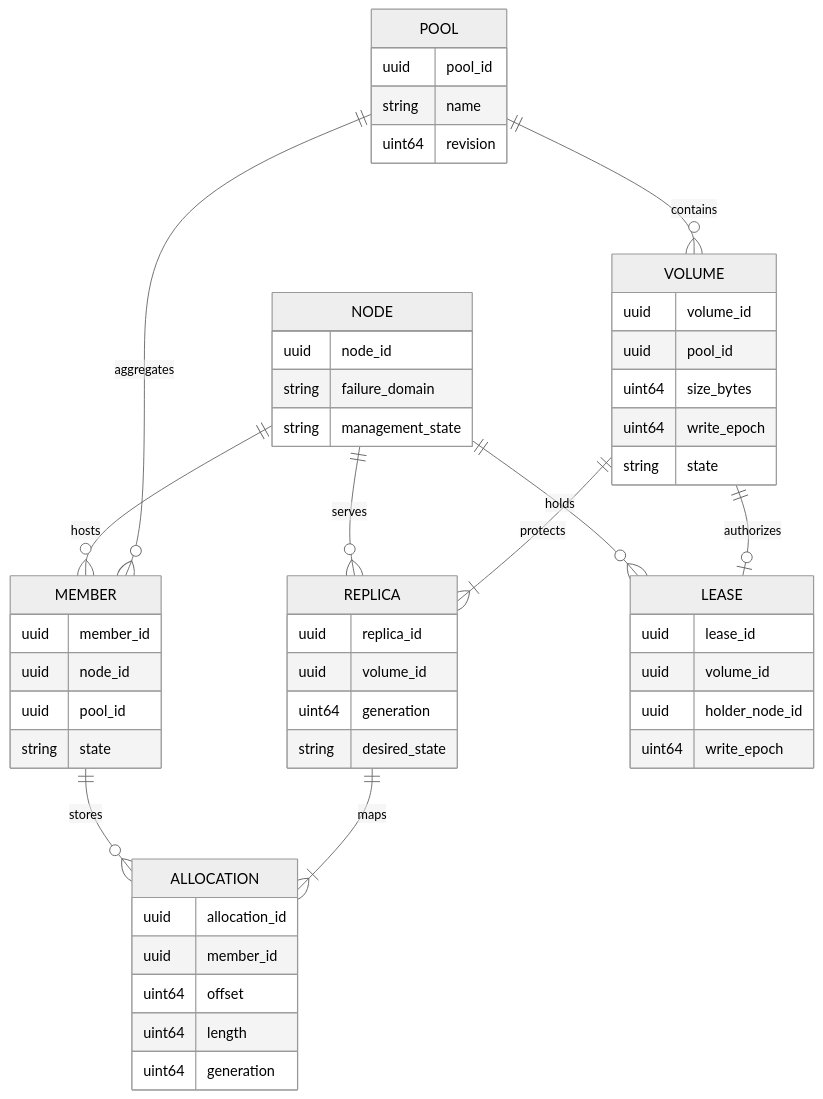
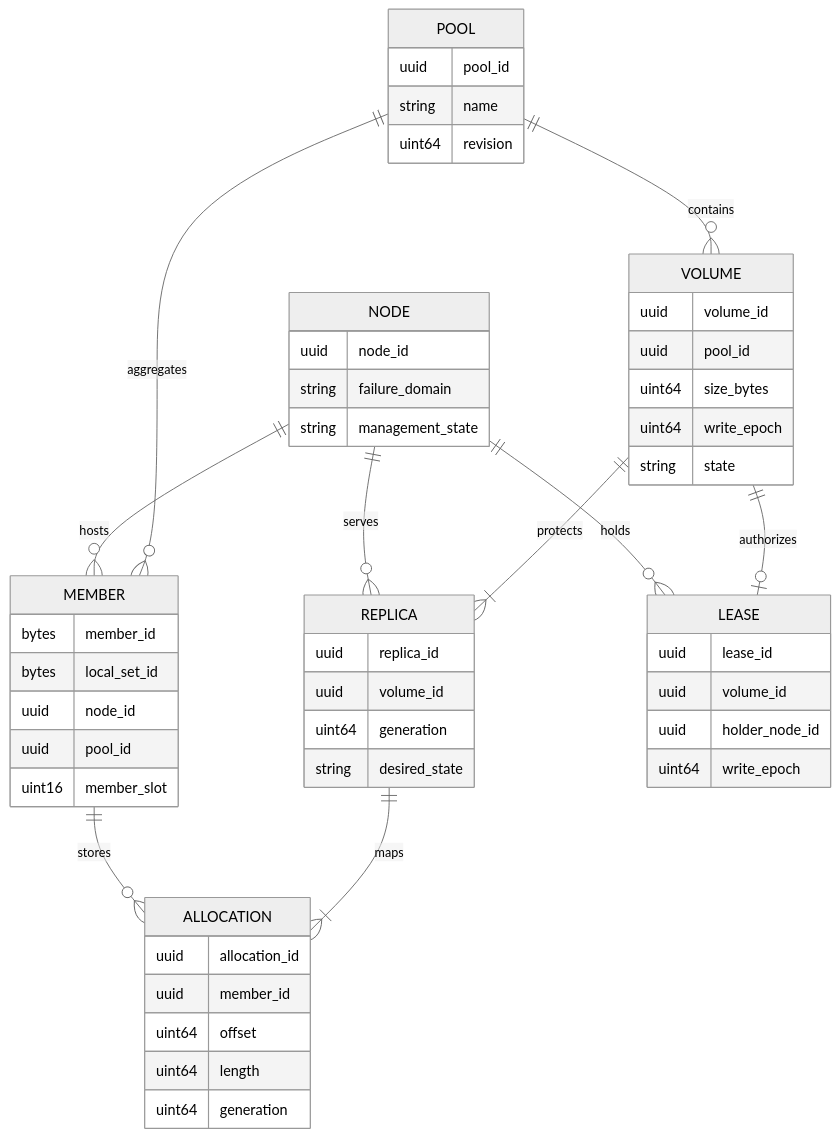
Before and after one commit to fanyang89/zettide-mono: the first of 3 diagrams in docs/architecture/zh-CN/03-domain-model.md, drawn with Mermaid (neutral theme). The commit also changed other lines of this file and 3 other files, not shown here.

````diff
--- a/docs/architecture/zh-CN/03-domain-model.md
+++ b/docs/architecture/zh-CN/03-domain-model.md
@@ -28,55 +28,56 @@
 ```mermaid
 erDiagram
     POOL ||--o{ VOLUME : contains
     POOL ||--o{ MEMBER : aggregates
     NODE ||--o{ MEMBER : hosts
     VOLUME ||--|{ REPLICA : protects
     NODE ||--o{ REPLICA : serves
     REPLICA ||--|{ ALLOCATION : maps
     MEMBER ||--o{ ALLOCATION : stores
     VOLUME ||--o| LEASE : authorizes
     NODE ||--o{ LEASE : holds
 
     POOL {
         uuid pool_id
         string name
         uint64 revision
     }
     VOLUME {
         uuid volume_id
         uuid pool_id
         uint64 size_bytes
         uint64 write_epoch
         string state
     }
     NODE {
         uuid node_id
         string failure_domain
         string management_state
     }
     MEMBER {
-        uuid member_id
+        bytes member_id
+        bytes local_set_id
         uuid node_id
         uuid pool_id
-        string state
+        uint16 member_slot
     }
     REPLICA {
         uuid replica_id
         uuid volume_id
         uint64 generation
         string desired_state
     }
     ALLOCATION {
         uuid allocation_id
         uuid member_id
         uint64 offset
         uint64 length
         uint64 generation
     }
     LEASE {
         uuid lease_id
         uuid volume_id
         uuid holder_node_id
         uint64 write_epoch
     }
 ```
````
